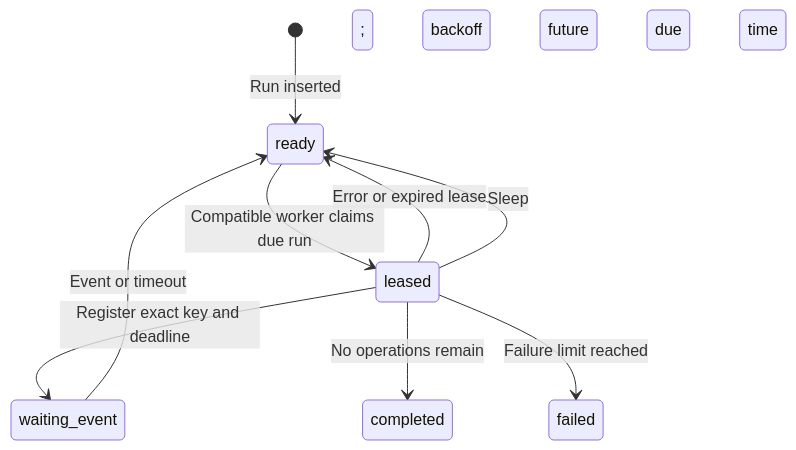
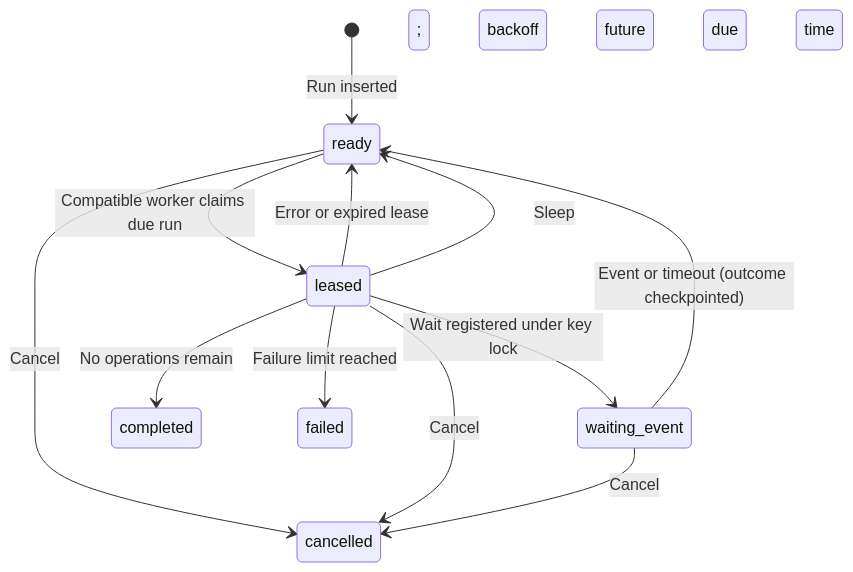
One commit to akashsharma95/durablepg changed the second of 2 diagrams in ARCHITECTURE.md. Above: the diagram before and after it, drawn with Mermaid. The commit also changed other lines of this file and 1 other file, not shown here.

Commit message:
Docs: new schema, API, protocol, and benchmarks vs previous Go and Rust

````diff
--- a/ARCHITECTURE.md
+++ b/ARCHITECTURE.md
@@ -33,11 +36,14 @@
 ```mermaid
 stateDiagram-v2
     [*] --> ready: Run inserted
     ready --> leased: Compatible worker claims due run
     leased --> ready: Error or expired lease; backoff
     leased --> ready: Sleep; future due time
-    leased --> waiting_event: Register exact key and deadline
-    waiting_event --> ready: Event or timeout
+    leased --> waiting_event: Wait registered under key lock
+    waiting_event --> ready: Event or timeout (outcome checkpointed)
     leased --> completed: No operations remain
     leased --> failed: Failure limit reached
+    ready --> cancelled: Cancel
+    leased --> cancelled: Cancel
+    waiting_event --> cancelled: Cancel
 ```
````
